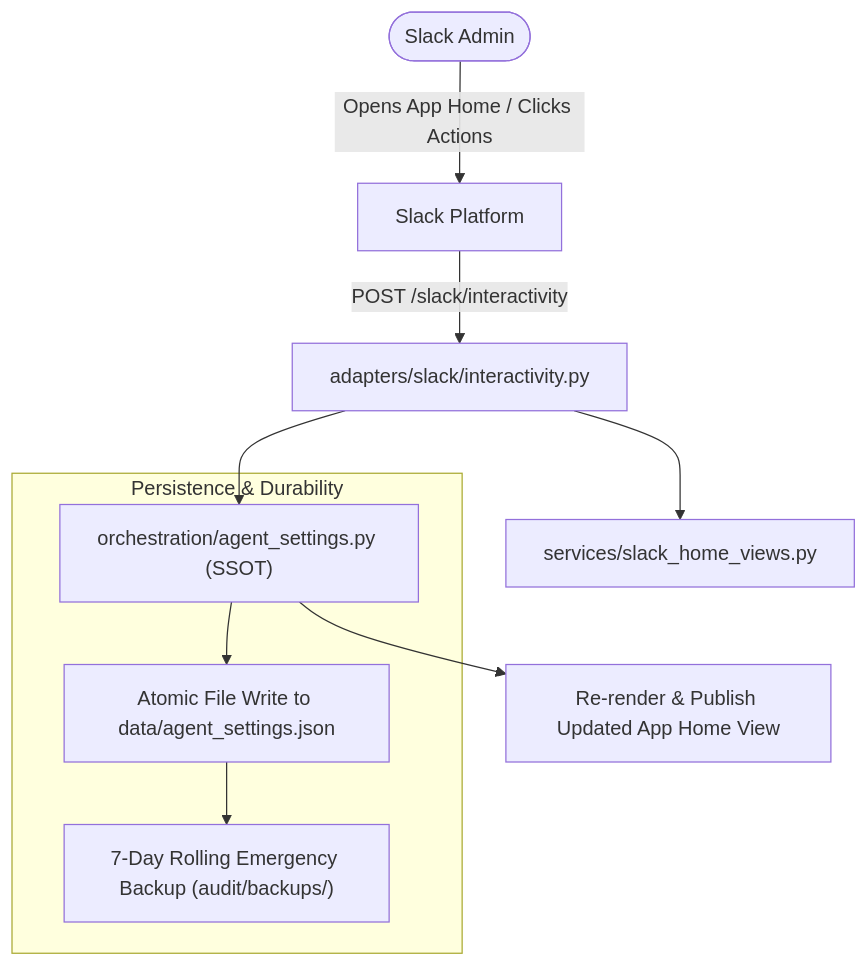
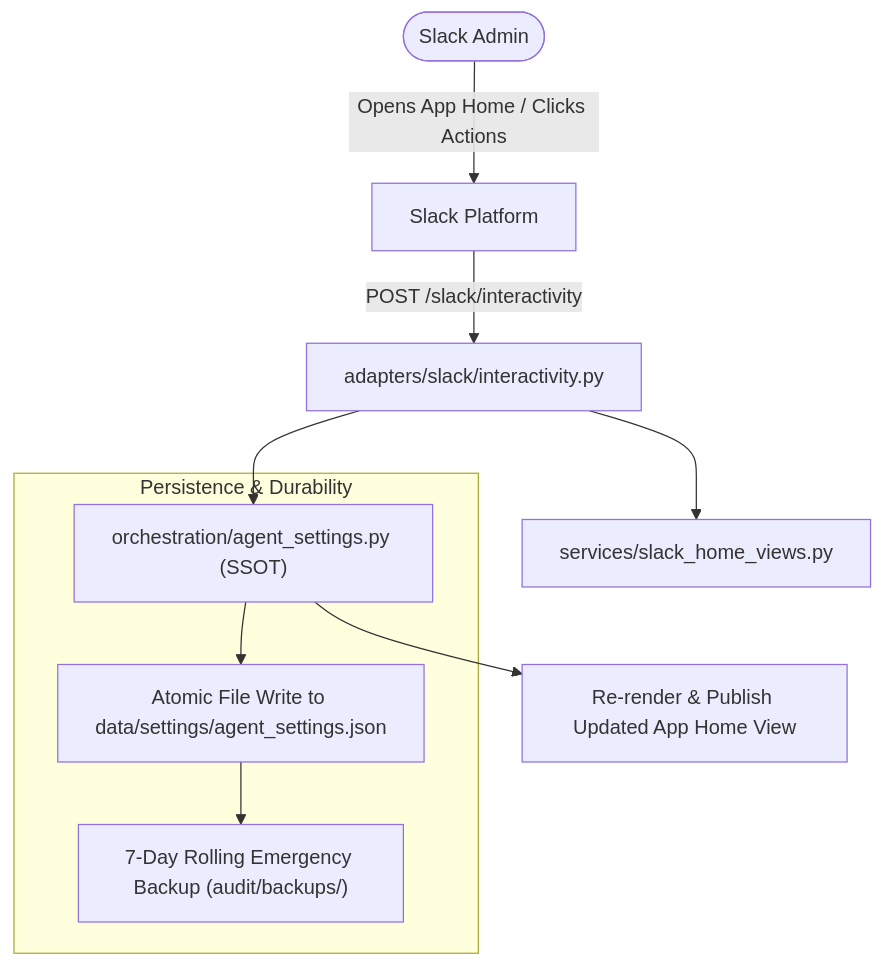
The diagram in docs/administration-and-security/slack-app-home.md (BranMik/Izvor), drawn with Mermaid before and after one commit. The commit also changed other lines of this file and 33 other files, not shown here.

````diff
--- a/docs/administration-and-security/slack-app-home.md
+++ b/docs/administration-and-security/slack-app-home.md
@@ -11,14 +11,14 @@
 ```mermaid
 graph TD
     SlackUser([Slack Admin]) -->|Opens App Home / Clicks Actions| SlackAPI[Slack Platform]
     SlackAPI -->|POST /slack/interactivity| InteractivityHandler["adapters/slack/interactivity.py"]
     InteractivityHandler --> Views["services/slack_home_views.py"]
     InteractivityHandler --> SettingsMgr["orchestration/agent_settings.py (SSOT)"]
     
     subgraph Persistence & Durability
-        SettingsMgr --> AtomicWrite["Atomic File Write to data/agent_settings.json"]
+        SettingsMgr --> AtomicWrite["Atomic File Write to data/settings/agent_settings.json"]
         AtomicWrite --> EmergencyBackup["7-Day Rolling Emergency Backup (audit/backups/)"]
     end
     
     SettingsMgr --> RePublish["Re-render & Publish Updated App Home View"]
 ```
````
